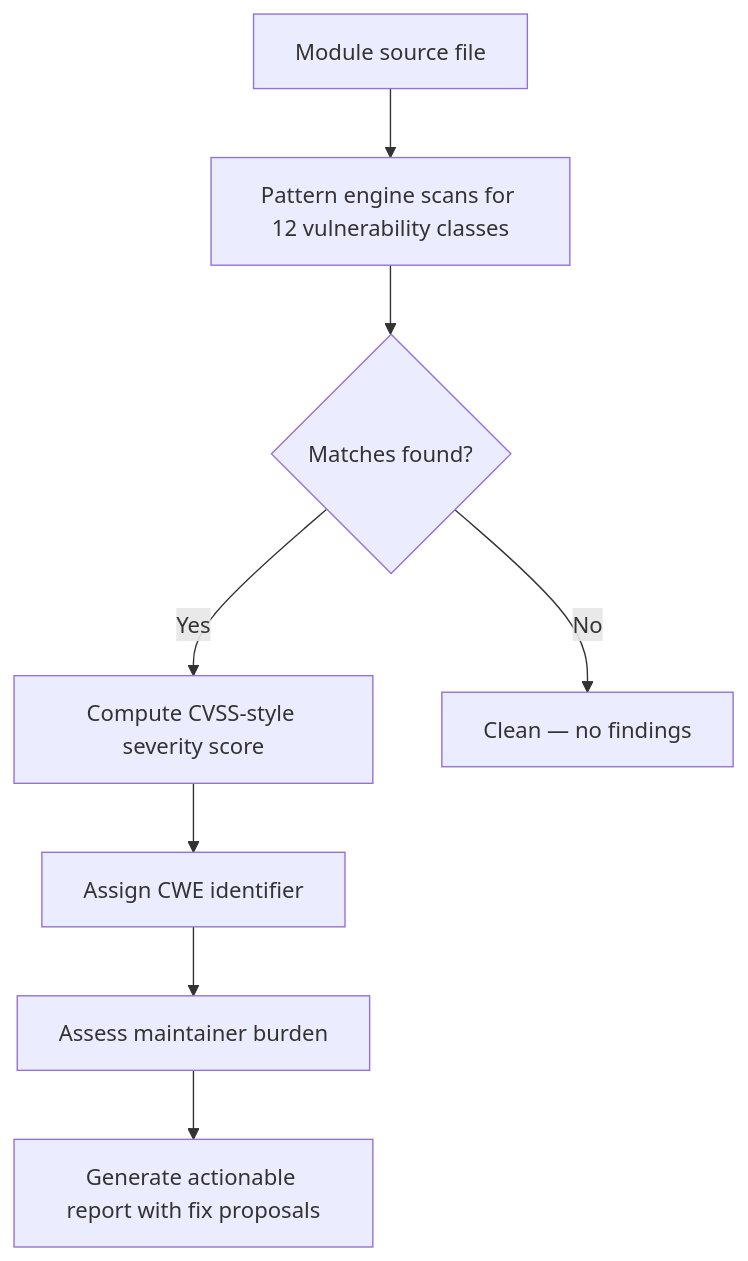
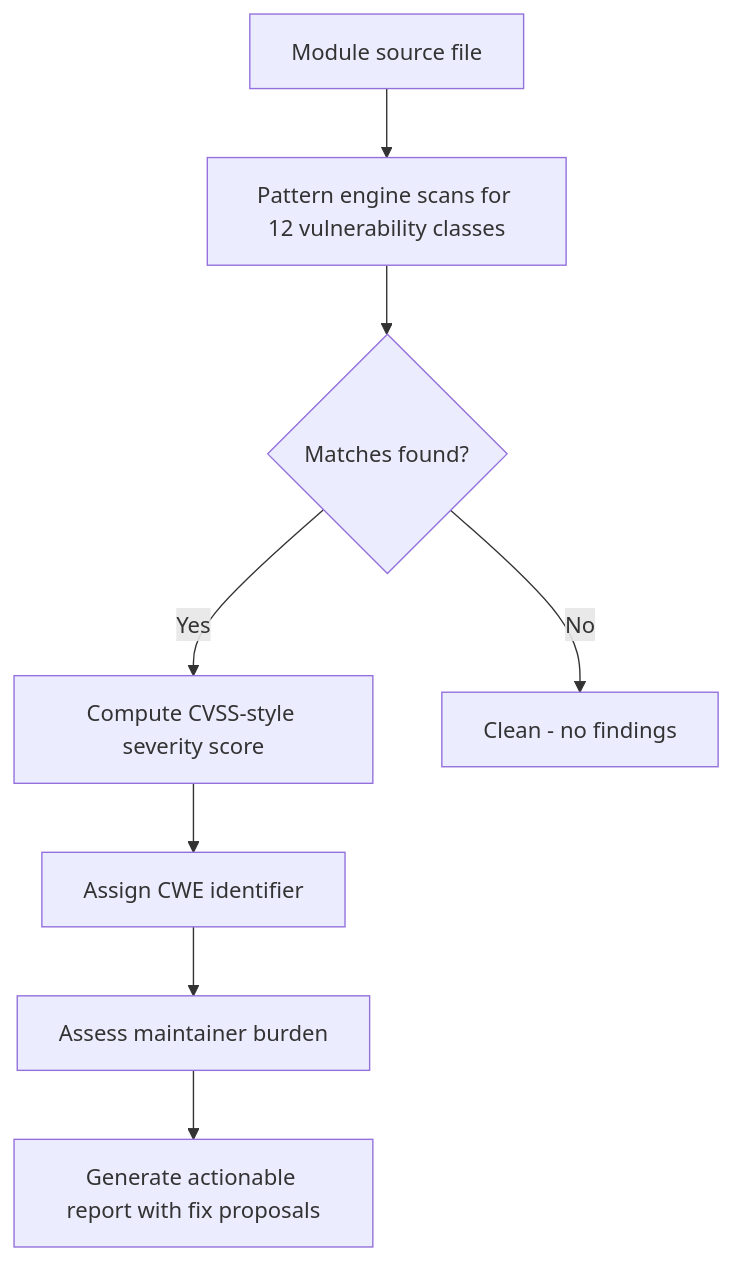
The diagram in blog/2026-02-08-drupal-ai-vulnerability-guardian.md (victorstack-ai/agent-blog), drawn with Mermaid before and after one commit. The commit also changed other lines of this file and 23 other files, not shown here.

````diff
--- a/blog/2026-02-08-drupal-ai-vulnerability-guardian.md
+++ b/blog/2026-02-08-drupal-ai-vulnerability-guardian.md
@@ -48,10 +62,10 @@
 ```mermaid
 flowchart TD
     A[Module source file] --> B[Pattern engine scans for 12 vulnerability classes]
     B --> C{Matches found?}
     C -->|Yes| D[Compute CVSS-style severity score]
     D --> E[Assign CWE identifier]
     E --> F[Assess maintainer burden]
     F --> G[Generate actionable report with fix proposals]
-    C -->|No| H[Clean — no findings]
+    C -->|No| H[Clean - no findings]
 ```
````
